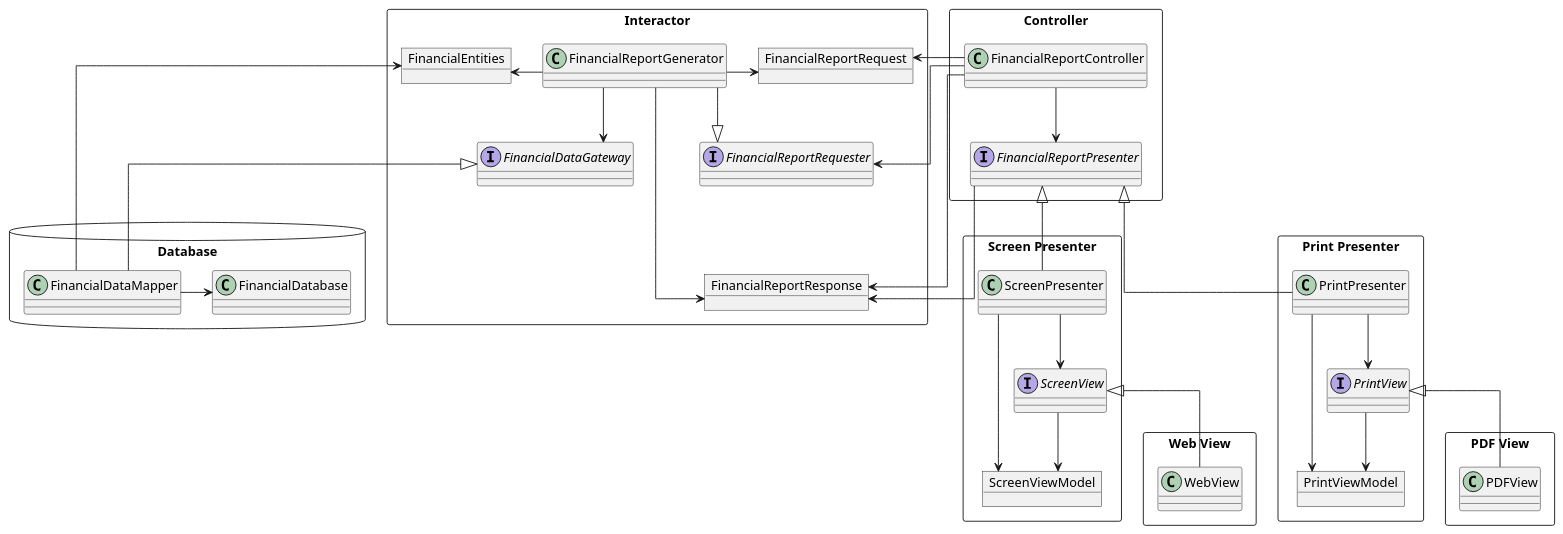
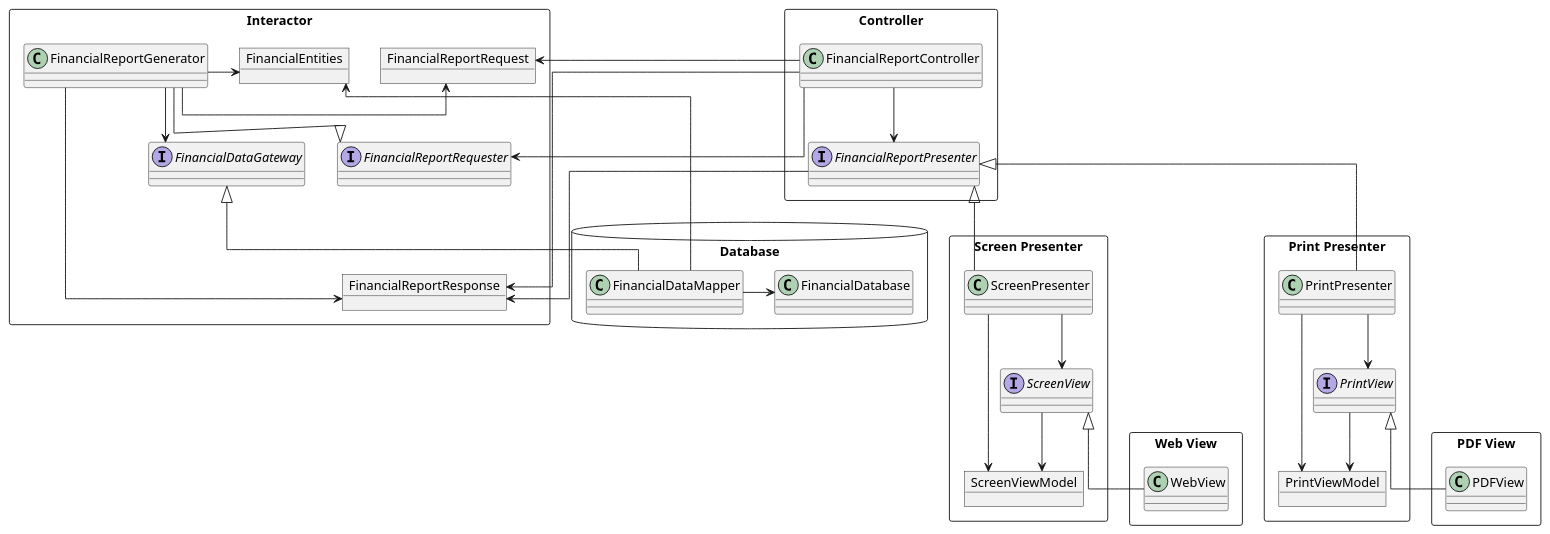
One commit to huland/logseq-notes changed the third of 3 diagrams in pages/Robert C. Martin - Clean Architecture A Craftsman's Guide to Software Structure and Design.md. Above: the diagram before and after it, drawn with PlantUML.

Commit message:
Auto saved by Logseq

```diff
--- a/pages/Robert C. Martin - Clean Architecture A Craftsman's Guide to Software Structure and Design.md
+++ b/pages/Robert C. Martin - Clean Architecture A Craftsman's Guide to Software Structure and Design.md
@@ -212,15 +212,7 @@
 				    object FinancialEntities
 				  }
 				  
-				  FinancialReportRequest -[hidden]d-> FinancialReportRequester
-				  FinancialReportRequester -[hidden]d-> FinancialReportResponse
-				  FinancialReportResponse -[hidden]u-> FinancialReportRequester
 				  
-				  FinancialReportGenerator -[hidden]r-> FinancialReportRequest
-				  FinancialReportGenerator -[hidden]r-> FinancialReportRequester
-				  FinancialReportGenerator -[hidden]r-> FinancialReportResponse
-				  FinancialReportGenerator -[hidden]d-> FinancialDataGateway
-				  FinancialReportGenerator -[hidden]r-> FinancialEntities
 				  
 				  package Controller <<Rectangle>> {
 				    class FinancialReportController 
@@ -247,6 +239,24 @@
 				    class WebView
 				  } 
 				  
+				  FinancialReportRequest -[hidden]d-> FinancialReportRequester
+				  FinancialReportRequester -[hidden]d-> FinancialReportResponse
+				  FinancialReportResponse -[hidden]u-> FinancialReportRequester
+				  
+				  FinancialReportGenerator -[hidden]r-> FinancialReportRequest
+				  FinancialReportGenerator -[hidden]r-> FinancialReportRequester
+				  FinancialReportGenerator -[hidden]r-> FinancialReportResponse
+				  FinancialReportGenerator -[hidden]d-> FinancialDataGateway
+				  FinancialReportGenerator -[hidden]r-> FinancialEntities
+				  ScreenPresenter -[hidden]u-> FinancialReportRequest
+				  ScreenPresenter -[hidden]d-> ScreenViewModel
+				  ScreenPresenter -[hidden]d-> ScreenView
+				  
+				  PrintPresenter -[hidden]u-> FinancialReportRequest
+				  PrintPresenter -[hidden]d-> PrintViewModel
+				  PrintPresenter -[hidden]d-> PrintView
+				  
+				  
 				  FinancialReportGenerator -l-> FinancialReportRequest
 				  FinancialReportGenerator -r-> FinancialEntities
 				  FinancialReportGenerator -l-> FinancialReportResponse
```
